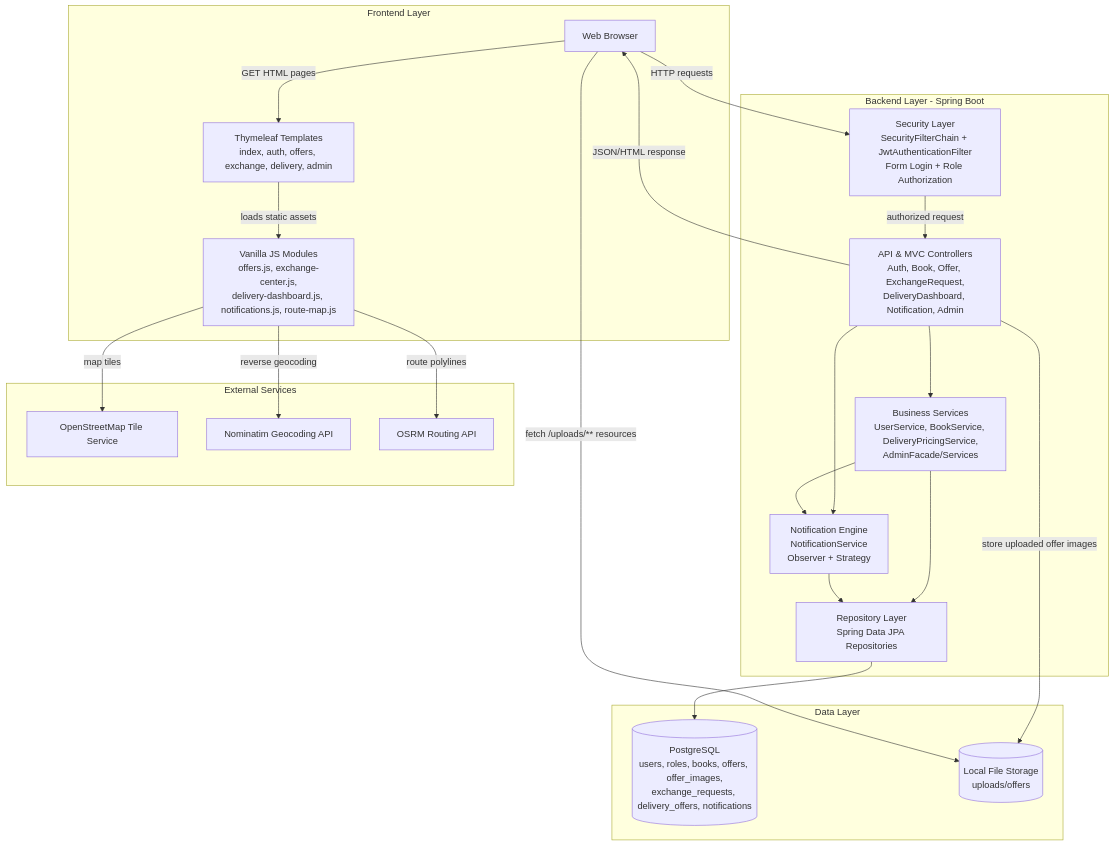
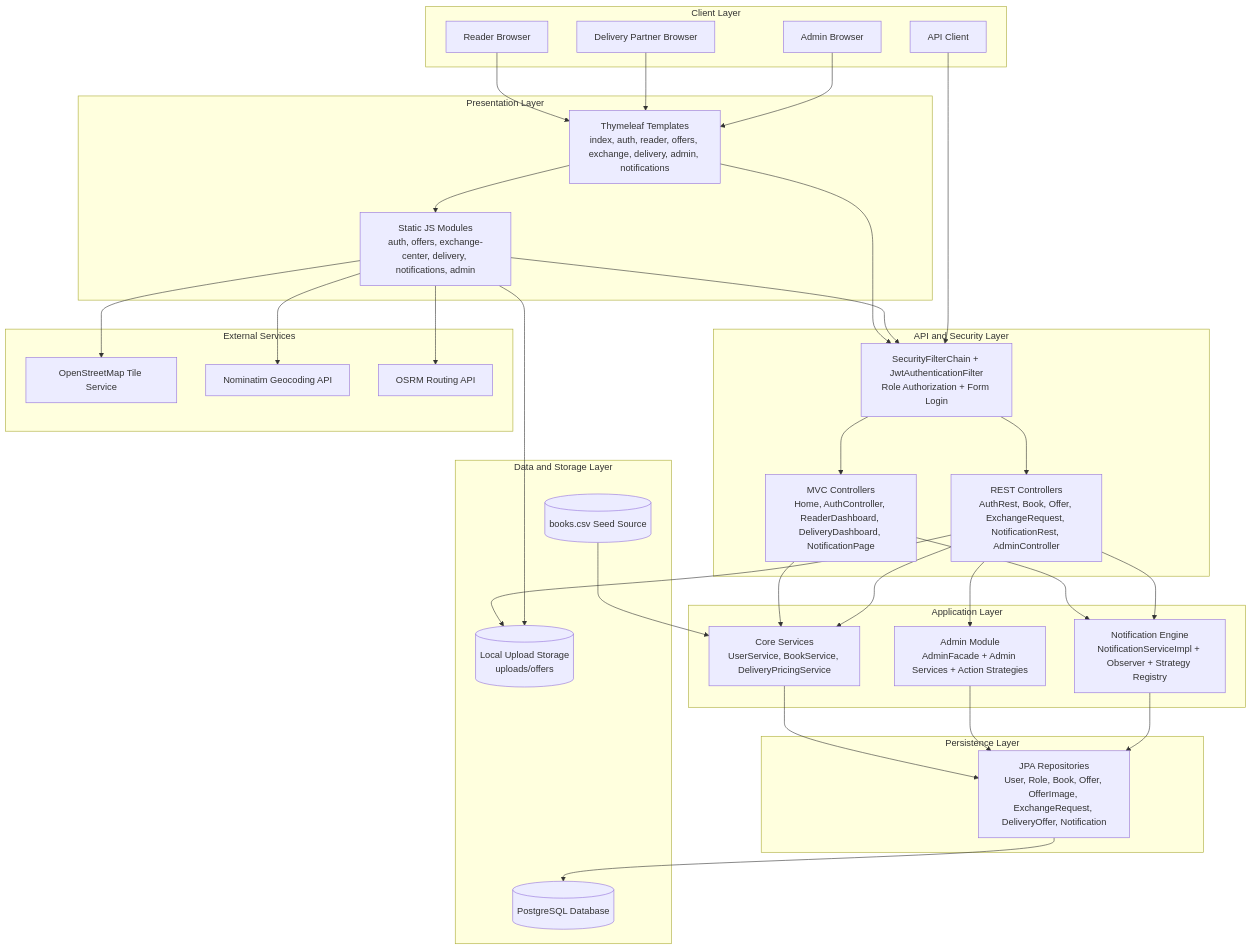
One commit to Mehereen-1/SEPM_PROJECT changed the diagram in docs/diagrams/architecture-diagram.mmd. Above: the diagram before and after it, drawn with Mermaid. The commit also changed 15 other files, not shown here.

First line of the commit message:
feat: Update documentation and diagrams

```diff
--- a/docs/diagrams/architecture-diagram.mmd
+++ b/docs/diagrams/architecture-diagram.mmd
@@ -1,47 +1,72 @@
 flowchart TB
-    subgraph Frontend[Frontend Layer]
-        Browser[Web Browser]
-        Pages[Thymeleaf Templates\nindex, auth, offers, exchange, delivery, admin]
-        Scripts[Vanilla JS Modules\noffers.js, exchange-center.js,\ndelivery-dashboard.js, notifications.js, route-map.js]
+    subgraph L1[Client Layer]
+        ReaderClient[Reader Browser]
+        DeliveryClient[Delivery Partner Browser]
+        AdminClient[Admin Browser]
+        ApiClient[API Client]
     end
 
-    subgraph Backend[Backend Layer - Spring Boot]
-        Security[Security Layer\nSecurityFilterChain + JwtAuthenticationFilter\nForm Login + Role Authorization]
-        Controllers[API & MVC Controllers\nAuth, Book, Offer, ExchangeRequest,\nDeliveryDashboard, Notification, Admin]
-        Services[Business Services\nUserService, BookService, DeliveryPricingService,\nAdminFacade/Services]
-        NotifyEngine[Notification Engine\nNotificationService\nObserver + Strategy]
-        Repositories[Repository Layer\nSpring Data JPA Repositories]
+    subgraph L2[Presentation Layer]
+        Templates[Thymeleaf Templates\nindex, auth, reader, offers, exchange, delivery, admin, notifications]
+        StaticJS[Static JS Modules\nauth, offers, exchange-center, delivery, notifications, admin]
     end
 
-    subgraph Data[Data Layer]
-        Postgres[(PostgreSQL\nusers, roles, books, offers, offer_images,\nexchange_requests, delivery_offers, notifications)]
-        UploadStore[(Local File Storage\nuploads/offers)]
+    subgraph L3[API and Security Layer]
+        Security[SecurityFilterChain + JwtAuthenticationFilter\nRole Authorization + Form Login]
+        MVCControllers[MVC Controllers\nHome, AuthController, ReaderDashboard, DeliveryDashboard, NotificationPage]
+        RestControllers[REST Controllers\nAuthRest, Book, Offer, ExchangeRequest, NotificationRest, AdminController]
     end
 
-    subgraph External[External Services]
+    subgraph L4[Application Layer]
+        CoreServices[Core Services\nUserService, BookService, DeliveryPricingService]
+        AdminModule[Admin Module\nAdminFacade + Admin Services + Action Strategies]
+        NotificationEngine[Notification Engine\nNotificationServiceImpl + Observer + Strategy Registry]
+    end
+
+    subgraph L5[Persistence Layer]
+        Repositories[JPA Repositories\nUser, Role, Book, Offer, OfferImage, ExchangeRequest, DeliveryOffer, Notification]
+    end
+
+    subgraph L6[Data and Storage Layer]
+        Postgres[(PostgreSQL Database)]
+        UploadStorage[(Local Upload Storage\nuploads/offers)]
+        CsvSeed[(books.csv Seed Source)]
+    end
+
+    subgraph L7[External Services]
         OSM[OpenStreetMap Tile Service]
         Nominatim[Nominatim Geocoding API]
         OSRM[OSRM Routing API]
     end
 
-    Browser -->|GET HTML pages| Pages
-    Pages -->|loads static assets| Scripts
+    ReaderClient --> Templates
+    DeliveryClient --> Templates
+    AdminClient --> Templates
+    Templates --> StaticJS
 
-    Browser -->|HTTP requests| Security
-    Security -->|authorized request| Controllers
-    Controllers -->|JSON/HTML response| Browser
+    Templates --> Security
+    StaticJS --> Security
+    ApiClient --> Security
 
-    Controllers --> Services
-    Controllers --> NotifyEngine
-    Services --> Repositories
-    Services --> NotifyEngine
-    NotifyEngine --> Repositories
+    Security --> MVCControllers
+    Security --> RestControllers
 
+    MVCControllers --> CoreServices
+    MVCControllers --> NotificationEngine
+    RestControllers --> CoreServices
+    RestControllers --> AdminModule
+    RestControllers --> NotificationEngine
+
+    CoreServices --> Repositories
+    AdminModule --> Repositories
+    NotificationEngine --> Repositories
     Repositories --> Postgres
 
-    Controllers -->|store uploaded offer images| UploadStore
-    Browser -->|fetch /uploads/** resources| UploadStore
+    RestControllers --> UploadStorage
+    StaticJS --> UploadStorage
 
-    Scripts -->|map tiles| OSM
-    Scripts -->|reverse geocoding| Nominatim
-    Scripts -->|route polylines| OSRM
+    CsvSeed --> CoreServices
+
+    StaticJS --> OSM
+    StaticJS --> Nominatim
+    StaticJS --> OSRM
```
